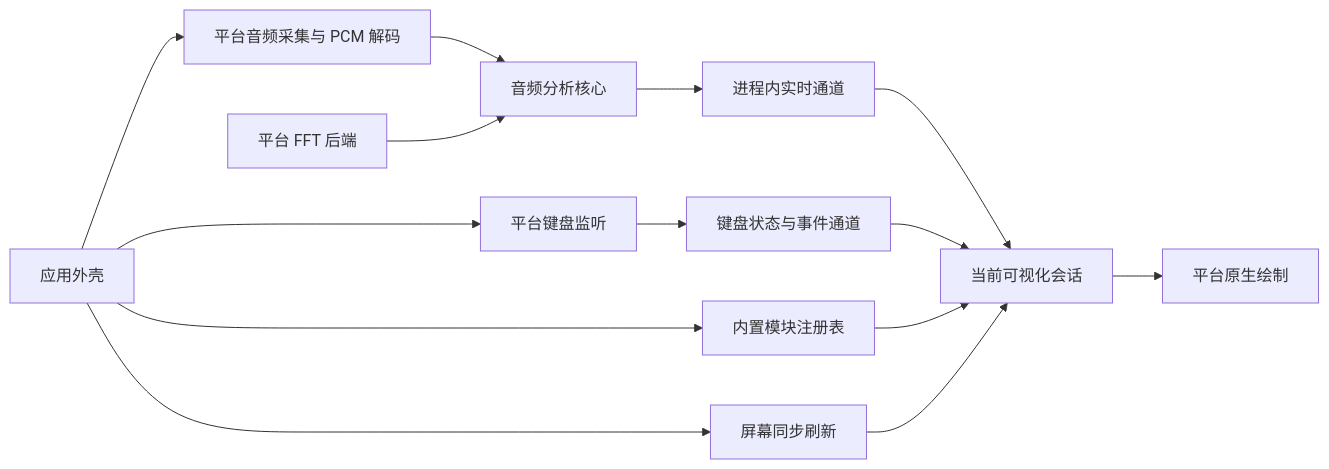
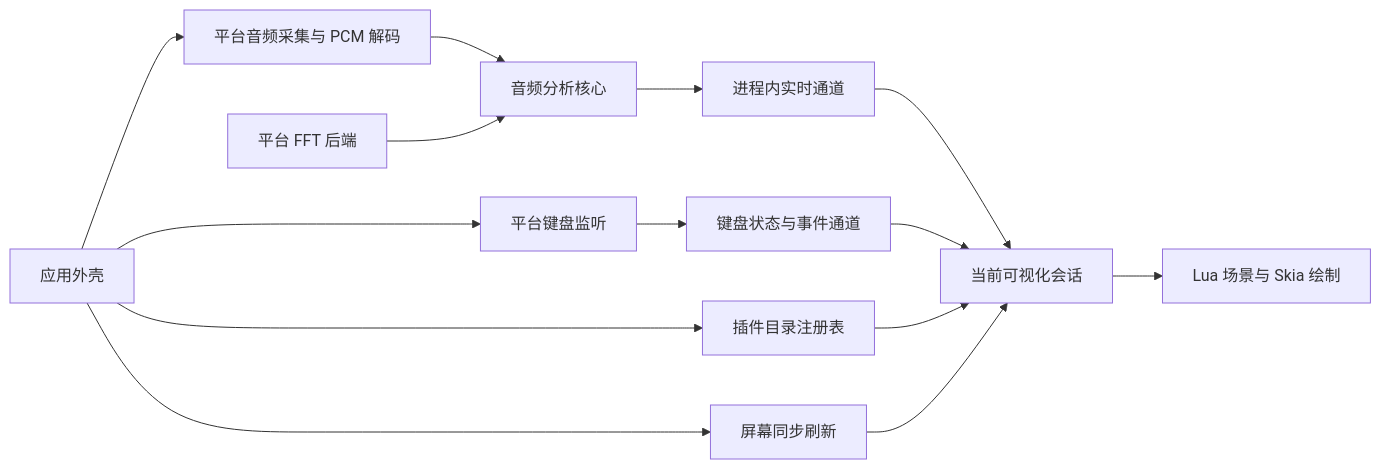
Before and after one commit to YoungTreeTree/miucs: the diagram in docs/architecture.md, drawn with Mermaid. The commit also changed other lines of this file and 127 other files, not shown here.

````diff
--- a/docs/architecture.md
+++ b/docs/architecture.md
@@ -7,16 +7,16 @@
 ```mermaid
 flowchart LR
     Capture[平台音频采集与 PCM 解码] --> Analysis[音频分析核心]
     FFT[平台 FFT 后端] --> Analysis
     Analysis --> Channel[进程内实时通道]
     Channel --> Session[当前可视化会话]
     Keyboard[平台键盘监听] --> Keys[键盘状态与事件通道]
     Keys --> Session
-    Session --> Drawing[平台原生绘制]
+    Session --> Drawing[Lua 场景与 Skia 绘制]
     Shell[应用外壳] --> Capture
     Shell --> Keyboard
-    Shell --> Registry[内置模块注册表]
+    Shell --> Registry[插件目录注册表]
     Registry --> Session
     Shell --> Clock[屏幕同步刷新]
     Clock --> Session
 ```
````
